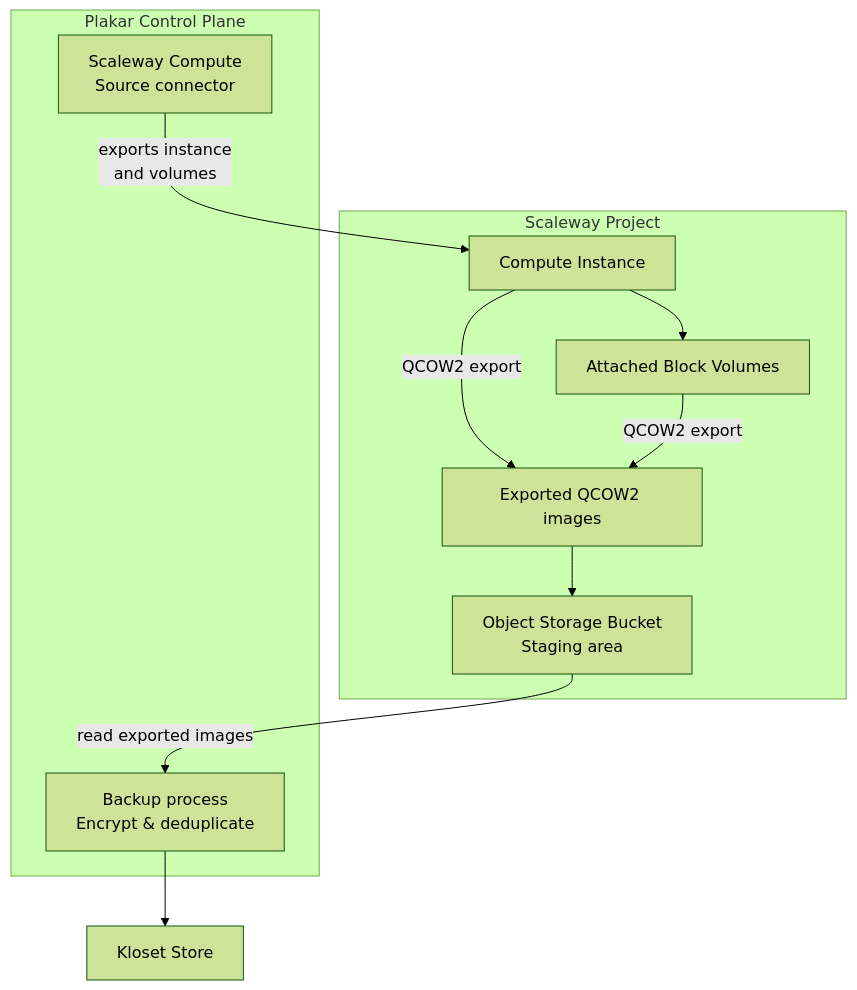
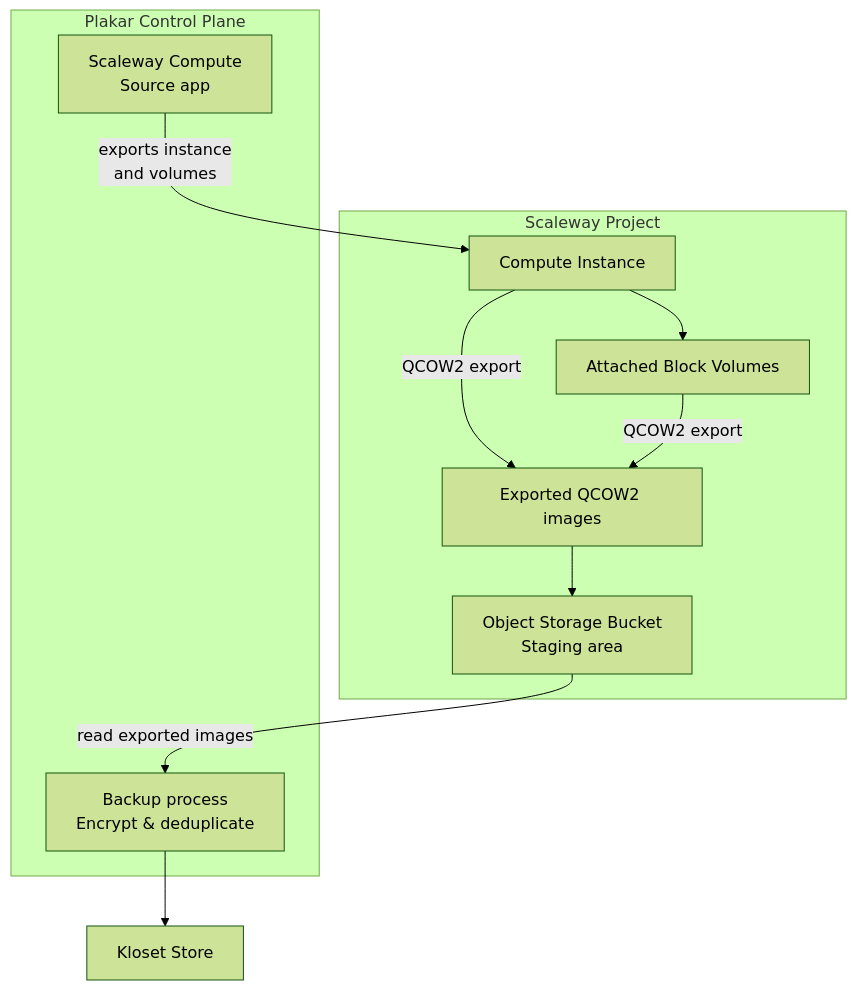
One commit to PlakarKorp/plakar.io changed the first of 2 diagrams in content/docs/control-plane/resources/compute/scaleway.md. Above: the diagram before and after it, drawn with Mermaid (forest theme). The commit also changed other lines of this file and 53 other files, not shown here.

```diff
--- a/content/docs/control-plane/resources/compute/scaleway.md
+++ b/content/docs/control-plane/resources/compute/scaleway.md
@@ -28,26 +28,26 @@
 {{< mermaid >}}
 flowchart TD
   subgraph Scaleway["Scaleway Project"]
     Instance["Compute Instance"]
     Volumes["Attached Block Volumes"]
 
     Bucket["Object Storage Bucket<br/>Staging area"]
     Images["Exported QCOW2 images"]
   end
 
   subgraph Plakar["Plakar Control Plane"]
-    Source["Scaleway Compute<br/>Source connector"]
+    Source["Scaleway Compute<br/>Source app"]
     Backup["Backup process<br/>Encrypt & deduplicate"]
   end
 
   Store["Kloset Store"]
 
   Source -->|"exports instance <br> and volumes"| Instance
   Instance --> Volumes
   Instance -->|"QCOW2 export"| Images
   Volumes -->|"QCOW2 export"| Images
 
   Images --> Bucket
   Bucket -->|"read exported images"| Backup
   Backup --> Store
 {{< /mermaid >}}
```
